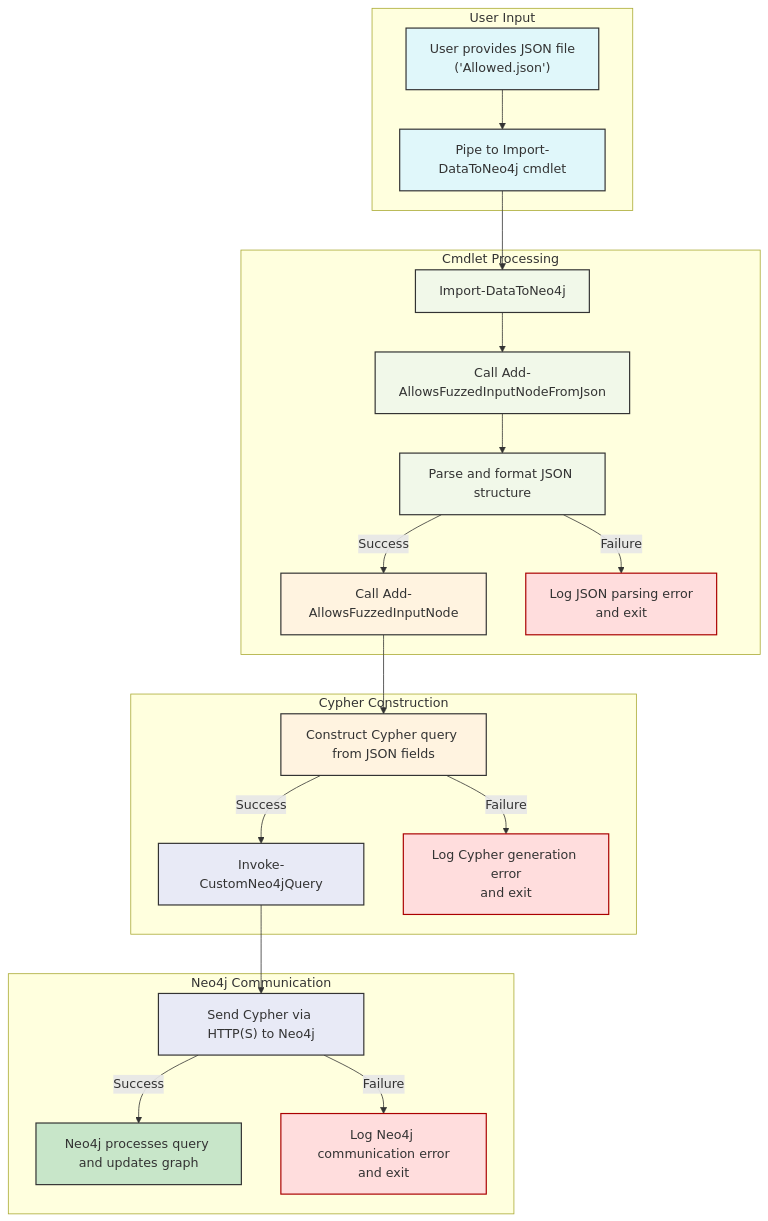
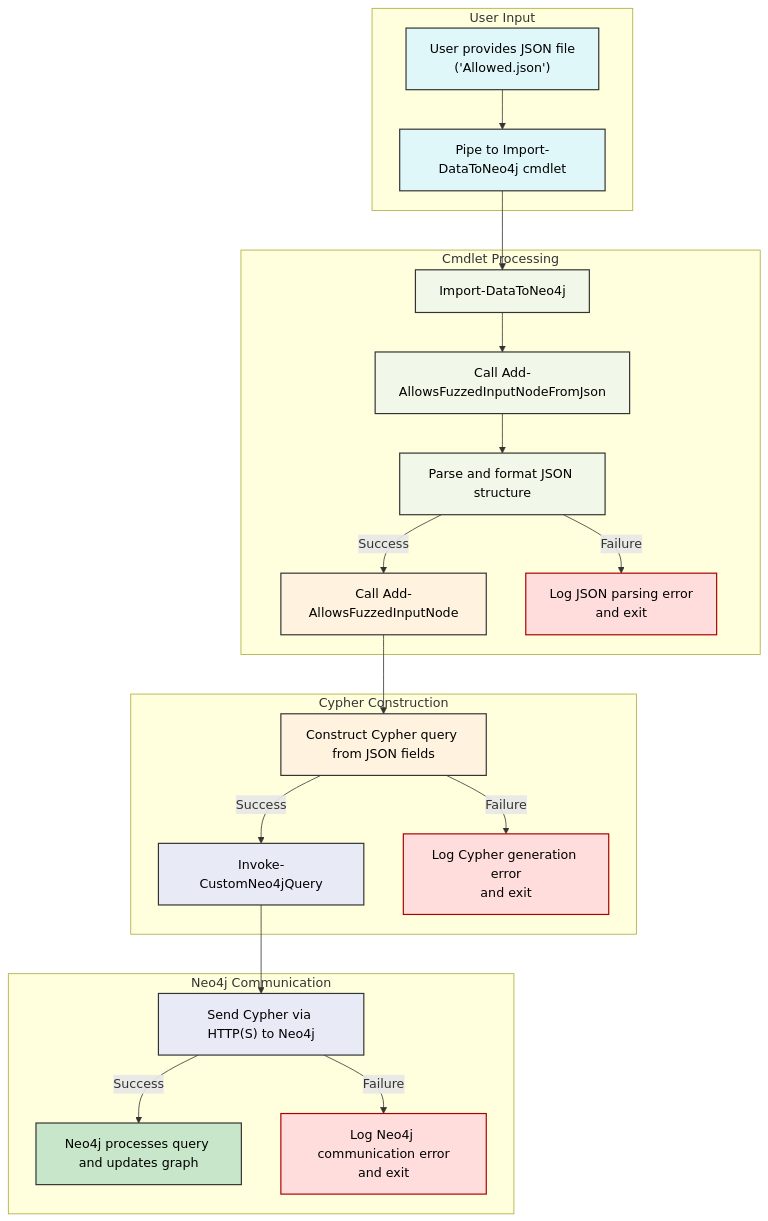
One commit to 1ncendium/1ncendium.github.io changed the ninth of 10 diagrams in _posts/2025-05-21-Automating MS-RPC Vulnerability Research.md. Above: the diagram before and after it, drawn with Mermaid. The commit also changed other lines of this file, not shown here.

Commit message:
fixing text colors for mermaid charts in dark mode

````diff
--- a/_posts/2025-05-21-Automating MS-RPC Vulnerability Research.md
+++ b/_posts/2025-05-21-Automating MS-RPC Vulnerability Research.md
@@ -898,49 +899,49 @@
 ```mermaid
 flowchart TD
     %% User input phase
     subgraph User Input
         A["User provides JSON file<br>('Allowed.json')"]
         B["Pipe to Import-DataToNeo4j cmdlet"]
         A --> B
     end
 
     %% Processing pipeline
     subgraph Cmdlet Processing
         B --> C["Import-DataToNeo4j"]
         C --> D["Call Add-AllowsFuzzedInputNodeFromJson"]
         D --> E["Parse and format JSON structure"]
         E -->|Success| F["Call Add-AllowsFuzzedInputNode"]
         E -->|Failure| E_ERR["Log JSON parsing error<br>and exit"]
     end
 
     %% Cypher query generation
     subgraph Cypher Construction
         F --> G["Construct Cypher query from JSON fields"]
         G -->|Success| H["Invoke-CustomNeo4jQuery"]
         G -->|Failure| G_ERR["Log Cypher generation error<br>and exit"]
     end
 
     %% Neo4j communication
     subgraph Neo4j Communication
         H --> I["Send Cypher via HTTP(S) to Neo4j"]
         I -->|Success| J["Neo4j processes query and updates graph"]
         I -->|Failure| I_ERR["Log Neo4j communication error<br>and exit"]
     end
 
     %% Error node styles
-    style E_ERR fill:#ffdddd,stroke:#a00,stroke-width:1.5px
-    style G_ERR fill:#ffdddd,stroke:#a00,stroke-width:1.5px
-    style I_ERR fill:#ffdddd,stroke:#a00,stroke-width:1.5px
+    style E_ERR fill:#ffdddd,stroke:#a00,stroke-width:1.5px,color:#000
+    style G_ERR fill:#ffdddd,stroke:#a00,stroke-width:1.5px,color:#000
+    style I_ERR fill:#ffdddd,stroke:#a00,stroke-width:1.5px,color:#000
 
     %% Node styles
-    style A fill:#e0f7fa,stroke:#333,stroke-width:1.5px
-    style B fill:#e0f7fa,stroke:#333,stroke-width:1.5px
-    style C fill:#f1f8e9,stroke:#333,stroke-width:1.5px
-    style D fill:#f1f8e9,stroke:#333,stroke-width:1.5px
-    style E fill:#f1f8e9,stroke:#333,stroke-width:1.5px
-    style F fill:#fff3e0,stroke:#333,stroke-width:1.5px
-    style G fill:#fff3e0,stroke:#333,stroke-width:1.5px
-    style H fill:#e8eaf6,stroke:#333,stroke-width:1.5px
-    style I fill:#e8eaf6,stroke:#333,stroke-width:1.5px
-    style J fill:#c8e6c9,stroke:#333,stroke-width:1.5px
+    style A fill:#e0f7fa,stroke:#333,stroke-width:1.5px,color:#000
+    style B fill:#e0f7fa,stroke:#333,stroke-width:1.5px,color:#000
+    style C fill:#f1f8e9,stroke:#333,stroke-width:1.5px,color:#000
+    style D fill:#f1f8e9,stroke:#333,stroke-width:1.5px,color:#000
+    style E fill:#f1f8e9,stroke:#333,stroke-width:1.5px,color:#000
+    style F fill:#fff3e0,stroke:#333,stroke-width:1.5px,color:#000
+    style G fill:#fff3e0,stroke:#333,stroke-width:1.5px,color:#000
+    style H fill:#e8eaf6,stroke:#333,stroke-width:1.5px,color:#000
+    style I fill:#e8eaf6,stroke:#333,stroke-width:1.5px,color:#000
+    style J fill:#c8e6c9,stroke:#333,stroke-width:1.5px,color:#000
 ```
````
